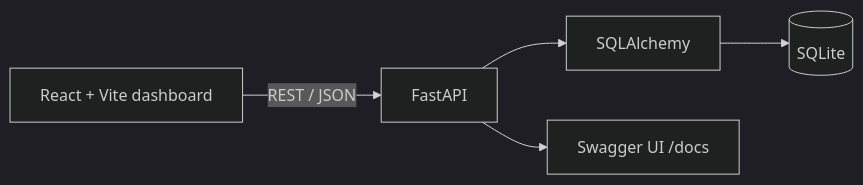
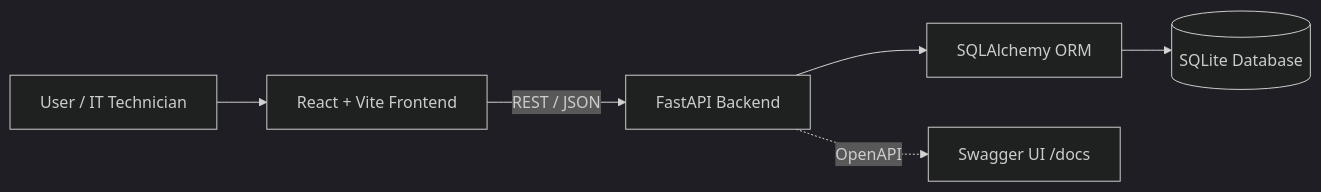
Before and after one commit to Waleed-Alharbi/it-helpdesk-asset-management: the diagram in README.md, drawn with Mermaid (dark theme). The commit also changed other lines of this file, not shown here.

````diff
--- a/README.md
+++ b/README.md
@@ -42,7 +112,8 @@
 ```mermaid
 flowchart LR
-  UI[React + Vite dashboard] -->|REST / JSON| API[FastAPI]
-  API --> ORM[SQLAlchemy]
-  ORM --> DB[(SQLite)]
-  API --> DOCS[Swagger UI /docs]
+    User[User / IT Technician] --> UI[React + Vite Frontend]
+    UI -->|REST / JSON| API[FastAPI Backend]
+    API --> ORM[SQLAlchemy ORM]
+    ORM --> DB[(SQLite Database)]
+    API -. OpenAPI .-> Docs[Swagger UI /docs]
 ```
````
